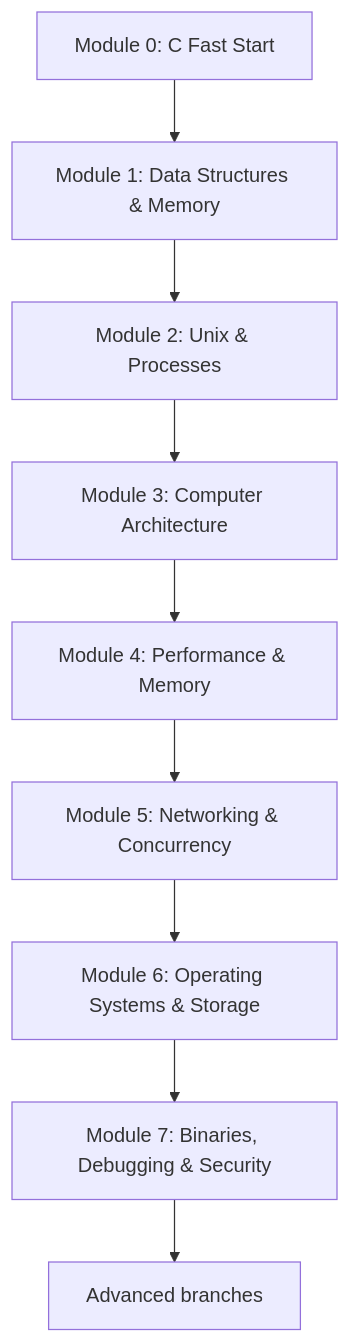
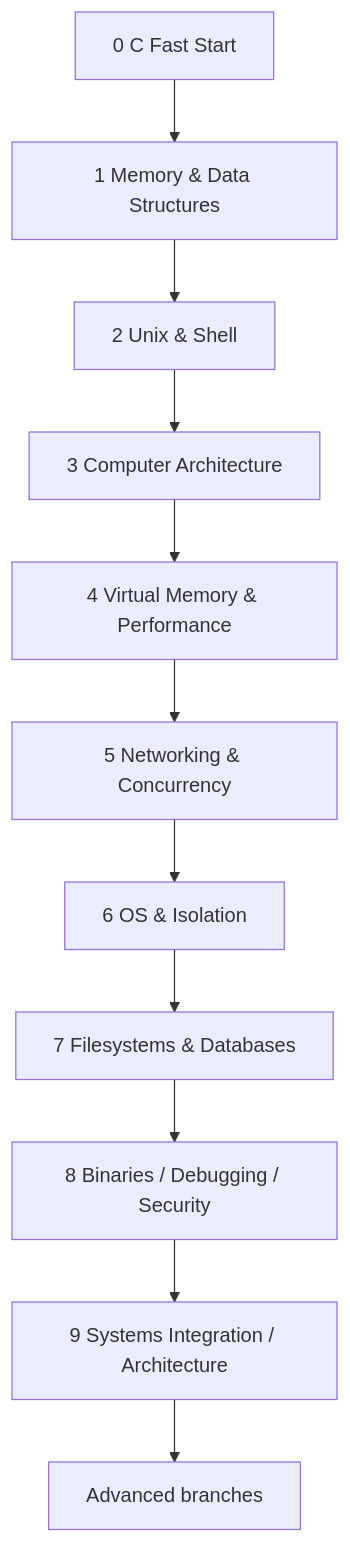
One commit to Ramzes8981/project-based-learning changed the second of 2 diagrams in SYSTEMS_ENGINEERING_ROADMAP.md. Above: the diagram before and after it, drawn with Mermaid. The commit also changed other lines of this file, not shown here.

Commit message:
align high-level roadmap with audited course

````diff
--- a/SYSTEMS_ENGINEERING_ROADMAP.md
+++ b/SYSTEMS_ENGINEERING_ROADMAP.md
@@ -53,11 +51,13 @@
 ```mermaid
 flowchart TD
-    M0[Module 0: C Fast Start] --> M1[Module 1: Data Structures & Memory]
-    M1 --> M2[Module 2: Unix & Processes]
-    M2 --> M3[Module 3: Computer Architecture]
-    M3 --> M4[Module 4: Performance & Memory]
-    M4 --> M5[Module 5: Networking & Concurrency]
-    M5 --> M6[Module 6: Operating Systems & Storage]
-    M6 --> M7[Module 7: Binaries, Debugging & Security]
-    M7 --> ADV[Advanced branches]
+    M0[0 C Fast Start] --> M1[1 Memory & Data Structures]
+    M1 --> M2[2 Unix & Shell]
+    M2 --> M3[3 Computer Architecture]
+    M3 --> M4[4 Virtual Memory & Performance]
+    M4 --> M5[5 Networking & Concurrency]
+    M5 --> M6[6 OS & Isolation]
+    M6 --> M7[7 Filesystems & Databases]
+    M7 --> M8[8 Binaries / Debugging / Security]
+    M8 --> M9[9 Systems Integration / Architecture]
+    M9 --> ADV[Advanced branches]
 ```
````
